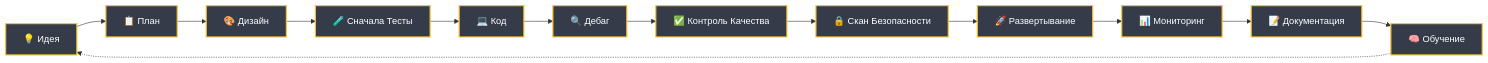
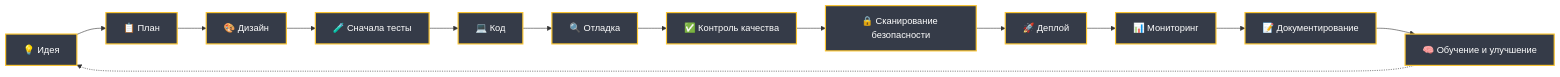
Before and after one commit to tody-agent/codymaster: the second of 3 diagrams in README-ru.md, drawn with Mermaid. The commit also changed other lines of this file and 27 other files, not shown here.

````diff
--- a/README-ru.md
+++ b/README-ru.md
@@ -79,17 +79,17 @@
 ```mermaid
 graph LR
     A["💡 Идея"] --> B["📋 План"]
     B --> C["🎨 Дизайн"]
-    C --> D["🧪 Сначала Тесты"]
+    C --> D["🧪 Сначала тесты"]
     D --> E["💻 Код"]
-    E --> F["🔍 Дебаг"]
-    F --> G["✅ Контроль Качества"]
-    G --> H["🔒 Скан Безопасности"]
-    H --> I["🚀 Развертывание"]
+    E --> F["🔍 Отладка"]
+    F --> G["✅ Контроль качества"]
+    G --> H["🔒 Сканирование безопасности"]
+    H --> I["🚀 Деплой"]
     I --> J["📊 Мониторинг"]
-    J --> K["📝 Документация"]
-    K --> L["🧠 Обучение"]
+    J --> K["📝 Документирование"]
+    K --> L["🧠 Обучение и улучшение"]
     L -.-> A
     classDef phase fill:#353b48,stroke:#fbc531,stroke-width:2px,color:#fff;
     class A,B,C,D,E,F,G,H,I,J,K,L phase;
 ```
````
